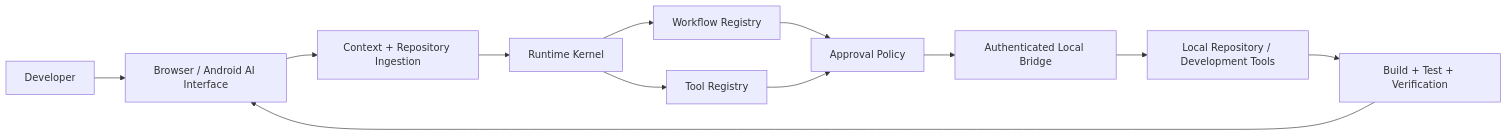
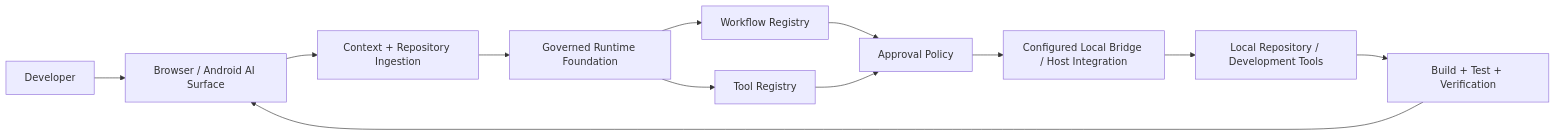
The diagram in README.md (Masterleeaus/AI-Coding-Studio), drawn with Mermaid before and after one commit. The commit also changed other lines of this file, not shown here.

````diff
--- a/README.md
+++ b/README.md
@@ -36,14 +54,14 @@
 ```mermaid
 flowchart LR
-    U[Developer] --> UI[Browser / Android AI Interface]
+    U[Developer] --> UI[Browser / Android AI Surface]
     UI --> C[Context + Repository Ingestion]
-    C --> K[Runtime Kernel]
+    C --> K[Governed Runtime Foundation]
     K --> W[Workflow Registry]
     K --> T[Tool Registry]
     W --> P[Approval Policy]
     T --> P
-    P --> B[Authenticated Local Bridge]
+    P --> B[Configured Local Bridge / Host Integration]
     B --> R[Local Repository / Development Tools]
     R --> V[Build + Test + Verification]
     V --> UI
 ```
````
